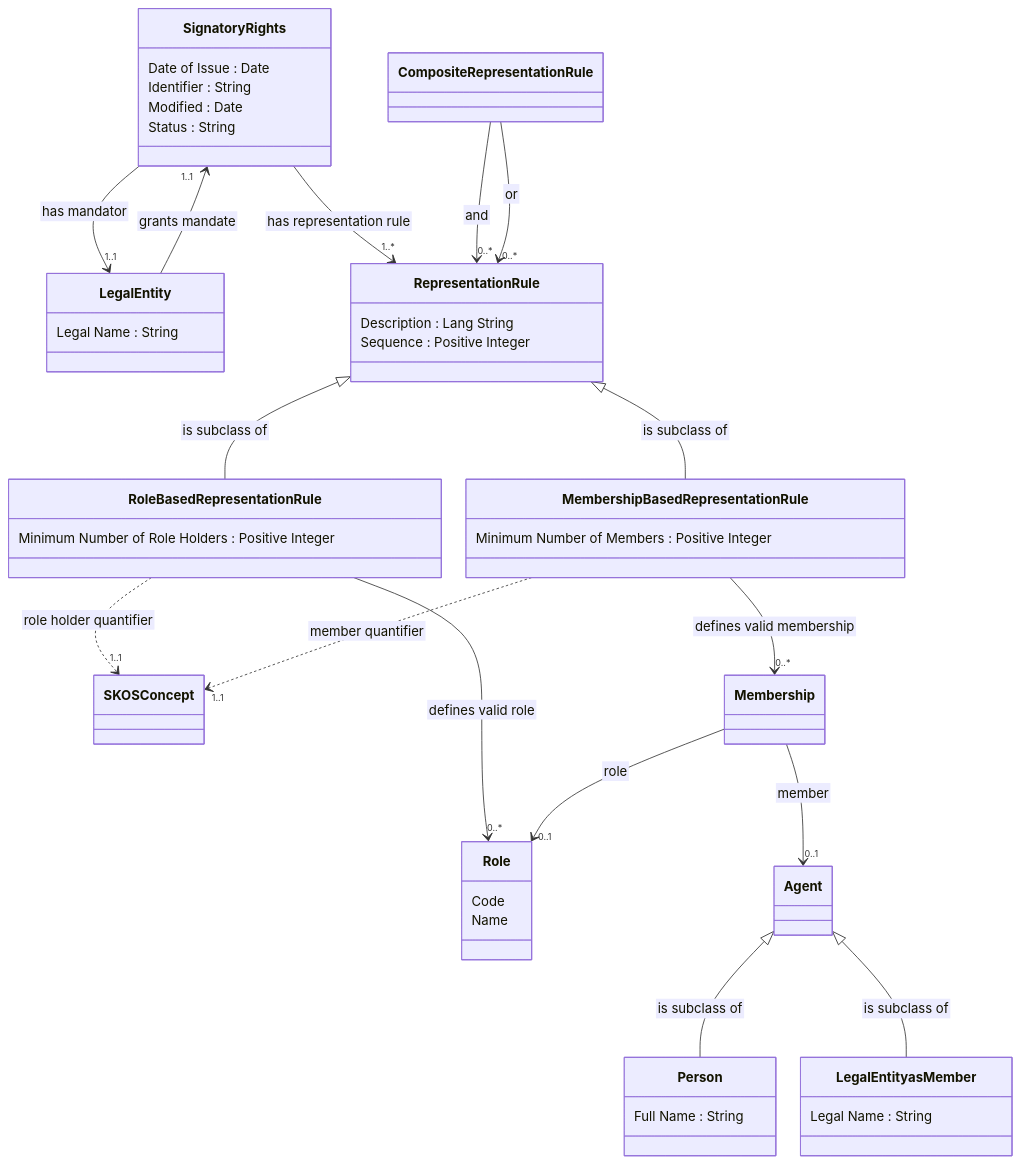
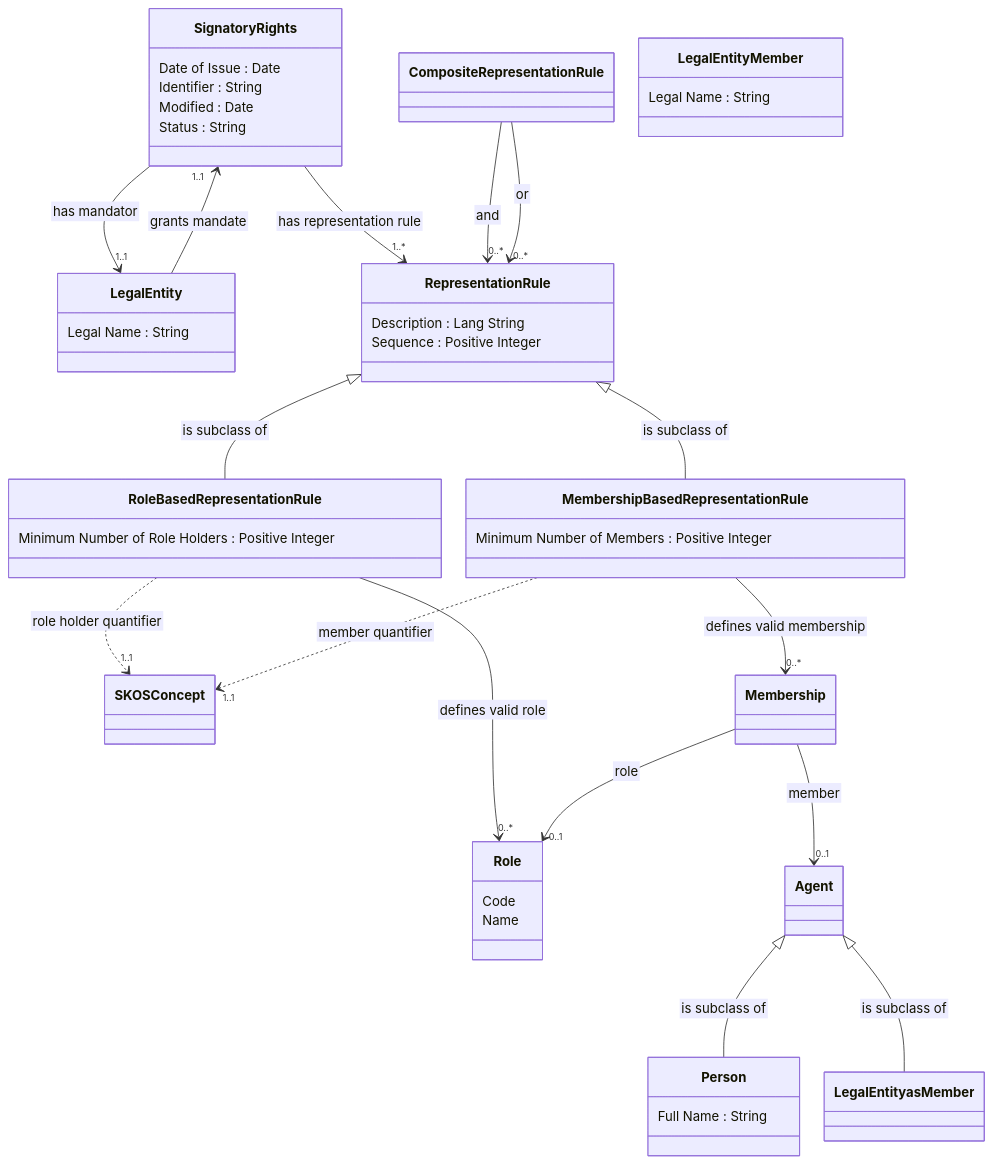
Before and after one commit to nordicsmartgovernment/Nordic-Signatory-Rights-Model: the second of 2 diagrams in README.md, drawn with Mermaid. The commit also changed other lines of this file, not shown here.

````diff
--- a/README.md
+++ b/README.md
@@ -66,74 +69,74 @@
 ```mermaid
  %%{init:{'flowchart':{'nodeSpacing': 30, 'rankSpacing': 95, 'htmlLabels': false}}}%%
     classDiagram
         class Signatory Rights {
             Date of Issue : Date
             Identifier : String
             Modified : Date
             Status : String
         }
 
         Signatory Rights --> "1..1" Legal Entity : has mandator
         Signatory Rights --> "1..*" Representation Rule : has representation rule
 
         class Legal Entity {
            Legal Name : String
         }
 
         Legal Entity --> "1..1" Signatory Rights:grants mandate
 
         class Representation Rule {
            Description : Lang String
            Sequence : Positive Integer
         }
 
         class Role Based Representation Rule {
            Minimum Number of Role Holders : Positive Integer
         }
 
         Role Based Representation Rule --> "0..*" Role : defines valid role
         Role Based Representation Rule ..> "1..1" SKOSConcept : role holder quantifier
 
         class Membership Based Representation Rule {
            Minimum Number of Members : Positive Integer
         }
 
         Membership Based Representation Rule --> "0..*" Membership : defines valid membership
         Membership Based Representation Rule ..> "1..1" SKOSConcept : member quantifier
 
         class Composite Representation Rule {
         }
 
         Composite Representation Rule --> "0..*" Representation Rule : and
         Composite Representation Rule --> "0..*" Representation Rule : or
 
         class Agent {
         }
 
         class Role {
            Code
            Name
         }
 
         class Membership {
         }
 
         Membership --> "0..1" Role : role
         Membership --> "0..1" Agent : member
 
         class Person {
            Full Name : String
         }
 
-        class Legal Entity as Member {
+        class Legal Entity Member {
            Legal Name : String
         }
 
         class SKOSConcept {
         }
 
         Representation Rule <|-- Role Based Representation Rule : is subclass of
         Representation Rule <|-- Membership Based Representation Rule : is subclass of
         Agent <|-- Person : is subclass of
         Agent <|-- Legal Entity as Member : is subclass of
 ```
````
